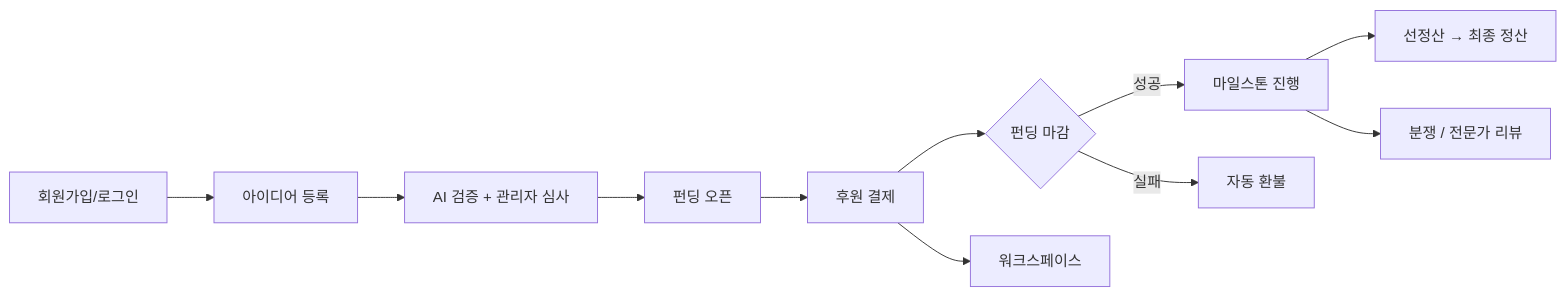
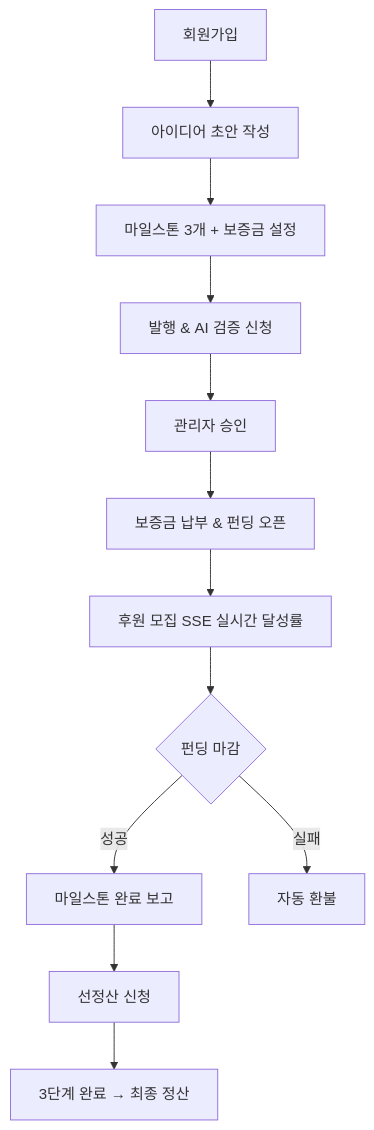
The first of 5 diagrams in README.md (prgrms-be-devcourse/NBE9-11-final-Team04), drawn with Mermaid before and after one commit. The commit also changed other lines of this file, not shown here.

````diff
--- a/README.md
+++ b/README.md
@@ -109,13 +196,14 @@
 ```mermaid
-flowchart LR
-    A[회원가입/로그인] --> B[아이디어 등록]
-    B --> C[AI 검증 + 관리자 심사]
-    C --> D[펀딩 오픈]
-    D --> E[후원 결제]
-    E --> F{펀딩 마감}
-    F -->|성공| G[마일스톤 진행]
-    F -->|실패| H[자동 환불]
-    G --> I[선정산 → 최종 정산]
-    E --> J[워크스페이스]
-    G --> K[분쟁 / 전문가 리뷰]
+flowchart TD
+    A[회원가입] --> B[아이디어 초안 작성]
+    B --> C[마일스톤 3개 + 보증금 설정]
+    C --> D[발행 & AI 검증 신청]
+    D --> E[관리자 승인]
+    E --> F[보증금 납부 & 펀딩 오픈]
+    F --> G[후원 모집 SSE 실시간 달성률]
+    G --> H{펀딩 마감}
+    H -->|성공| I[마일스톤 완료 보고]
+    H -->|실패| J[자동 환불]
+    I --> K[선정산 신청]
+    K --> L[3단계 완료 → 최종 정산]
 ```
````
